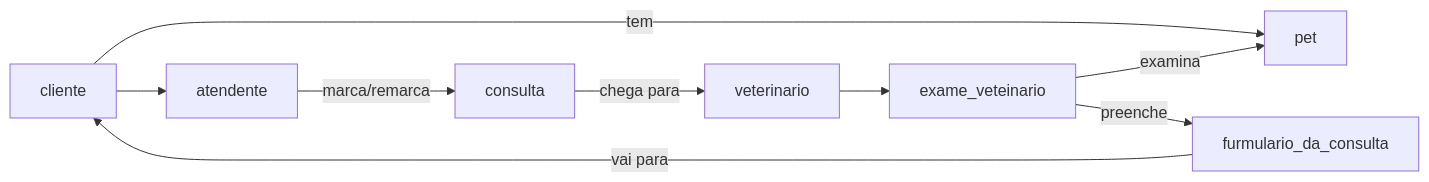
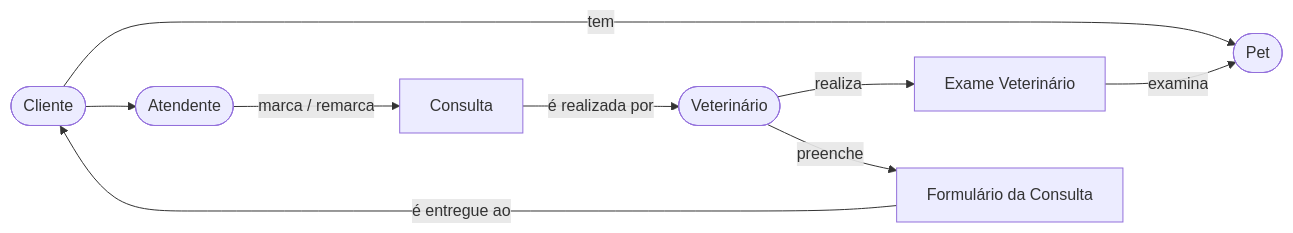
Before and after one commit to Andriel94/Clinica_Veterianaria_Trabalho-engenharia-software-2026: the first of 2 diagrams in README.md, drawn with Mermaid. The commit also changed other lines of this file, not shown here.

Commit message:
Refactor UML diagrams in README

````diff
--- a/README.md
+++ b/README.md
@@ -7,18 +7,20 @@
 ```mermaid
 flowchart LR
+    cliente(["Cliente"])
+    pet(["Pet"])
+    atendente(["Atendente"])
+    veterinario(["Veterinário"])
+    
+    consulta["Consulta"]
+    exame["Exame Veterinário"]
+    formulario["Formulário da Consulta"]
 
-    cliente["cliente"]
-    pet["pet"]
-    atendente["atendente"]
-    veterinario["veterinario"]
-
-    consulta["consulta"]
-    exame_veteinario["exame_veteinario"]
-    furmulario_da_consulta["furmulario_da_consulta"]
-
-    cliente -- tem --> pet 
-    cliente --> atendente -- "marca/remarca" --> consulta
-    consulta -- "chega para" --> veterinario --> exame_veteinario -- "examina" --> pet
-    exame_veteinario -- "preenche" --> furmulario_da_consulta
-    furmulario_da_consulta -- "vai para" --> cliente
+    cliente -- "tem" --> pet
+    cliente --> atendente
+    atendente -- "marca / remarca" --> consulta
+    consulta -- "é realizada por" --> veterinario
+    veterinario -- "realiza" --> exame
+    exame -- "examina" --> pet
+    veterinario -- "preenche" --> formulario
+    formulario -- "é entregue ao" --> cliente
 ```
````
